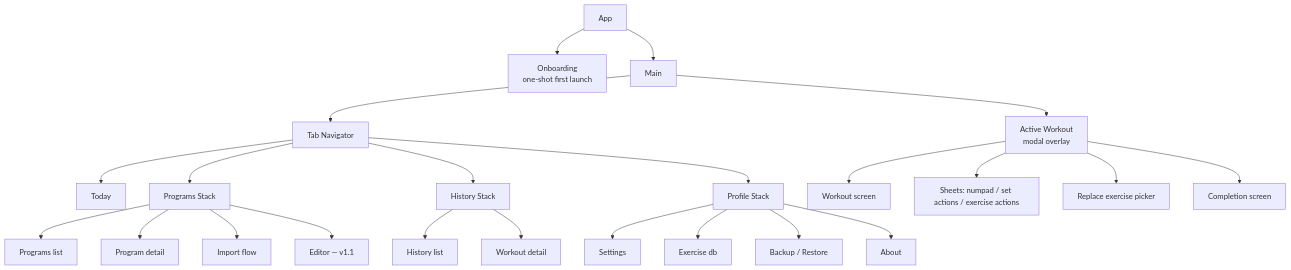
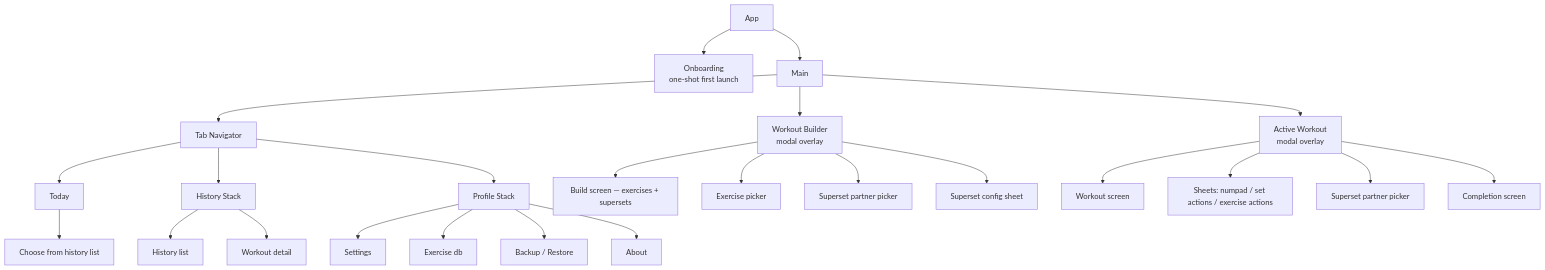
Before and after one commit to MaxKibets/kachka: the first of 5 diagrams in docs/gym-tracker-spec.md, drawn with Mermaid. The commit also changed other lines of this file, not shown here.

````diff
--- a/docs/gym-tracker-spec.md
+++ b/docs/gym-tracker-spec.md
@@ -63,31 +60,32 @@
 ```mermaid
 flowchart TB
     App[App]
     App --> Onb[Onboarding<br/>one-shot first launch]
     App --> Main[Main]
     Main --> TabNav[Tab Navigator]
+    Main --> Builder[Workout Builder<br/>modal overlay]
     Main --> Modal[Active Workout<br/>modal overlay]
 
     TabNav --> Today[Today]
-    TabNav --> Programs[Programs Stack]
     TabNav --> History[History Stack]
     TabNav --> Profile[Profile Stack]
 
-    Programs --> P1[Programs list]
-    Programs --> P2[Program detail]
-    Programs --> P3[Import flow]
-    Programs --> P4[Editor — v1.1]
-
     History --> H1[History list]
     History --> H2[Workout detail]
+    Today --> CFH[Choose from history list]
 
     Profile --> Pr1[Settings]
     Profile --> Pr2[Exercise db]
     Profile --> Pr3[Backup / Restore]
     Profile --> Pr4[About]
 
+    Builder --> B1[Build screen — exercises + supersets]
+    Builder --> B2[Exercise picker]
+    Builder --> B3[Superset partner picker]
+    Builder --> B4[Superset config sheet]
+
     Modal --> M1[Workout screen]
     Modal --> M2[Sheets: numpad / set actions / exercise actions]
-    Modal --> M3[Replace exercise picker]
+    Modal --> M3[Superset partner picker]
     Modal --> M4[Completion screen]
 ```
````
